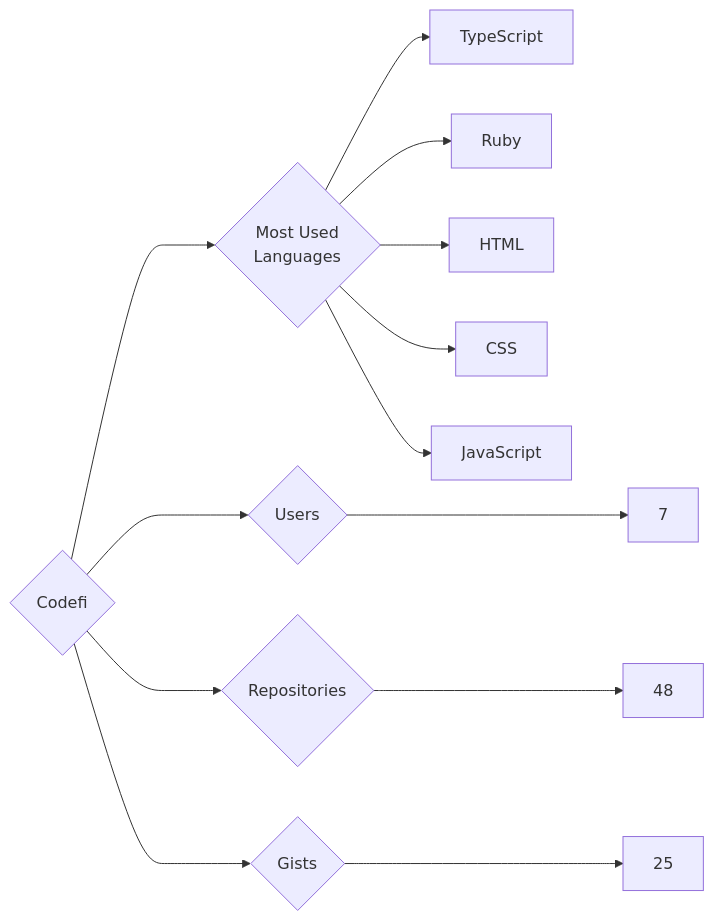
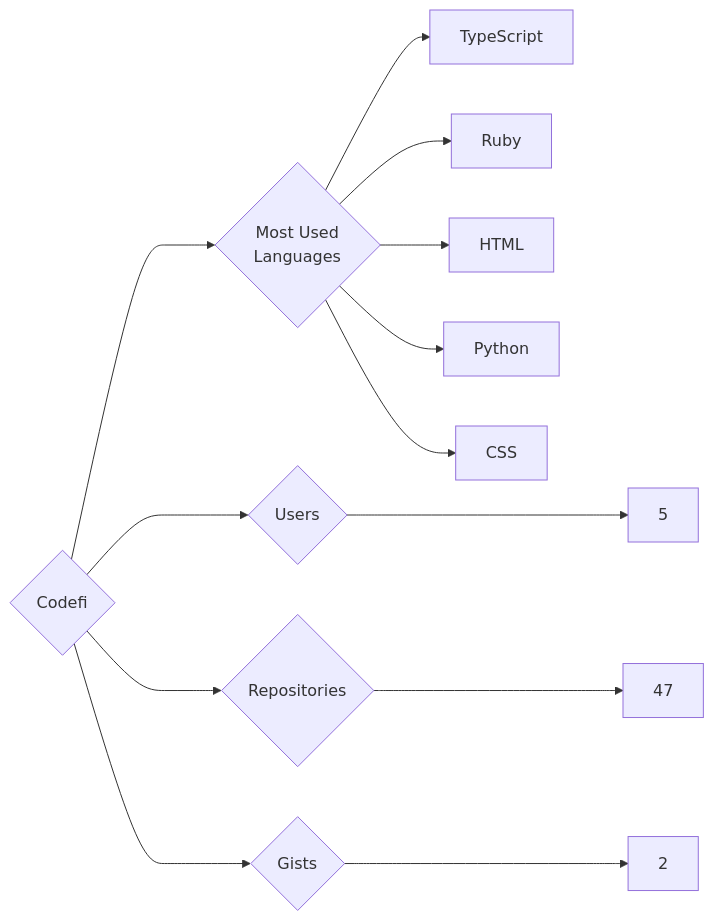
Before and after one commit to trickest/insiders: the diagram in targets/Codefi/README.md, drawn with Mermaid. The commit also changed 1089 other files, not shown here.

````diff
--- a/targets/Codefi/README.md
+++ b/targets/Codefi/README.md
@@ -3,13 +3,13 @@
 ```mermaid
 graph LR
 COMPANY_NAME{Codefi}
-COMPANY_NAME ---> U{Users} ---> UN[7]
-COMPANY_NAME ---> R{Repositories} ---> RN[48]
-COMPANY_NAME ---> G{Gists} ---> GN[25]
+COMPANY_NAME ---> U{Users} ---> UN[5]
+COMPANY_NAME ---> R{Repositories} ---> RN[47]
+COMPANY_NAME ---> G{Gists} ---> GN[2]
 COMPANY_NAME ---> ML{Most Used<br>Languages}
 ML --> TypeScript[TypeScript]
 ML --> Ruby[Ruby]
 ML --> HTML[HTML]
+ML --> Python[Python]
 ML --> CSS[CSS]
-ML --> JavaScript[JavaScript]
 ```
````
